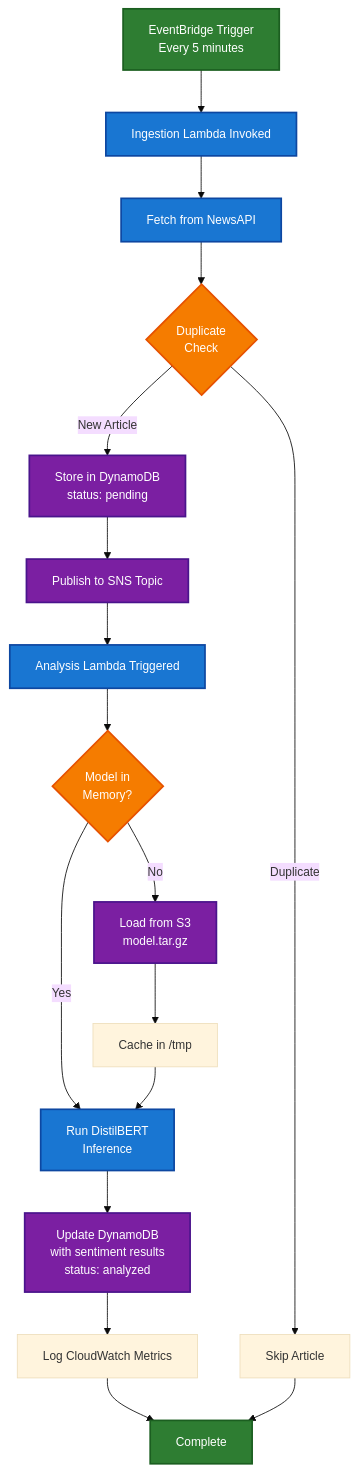
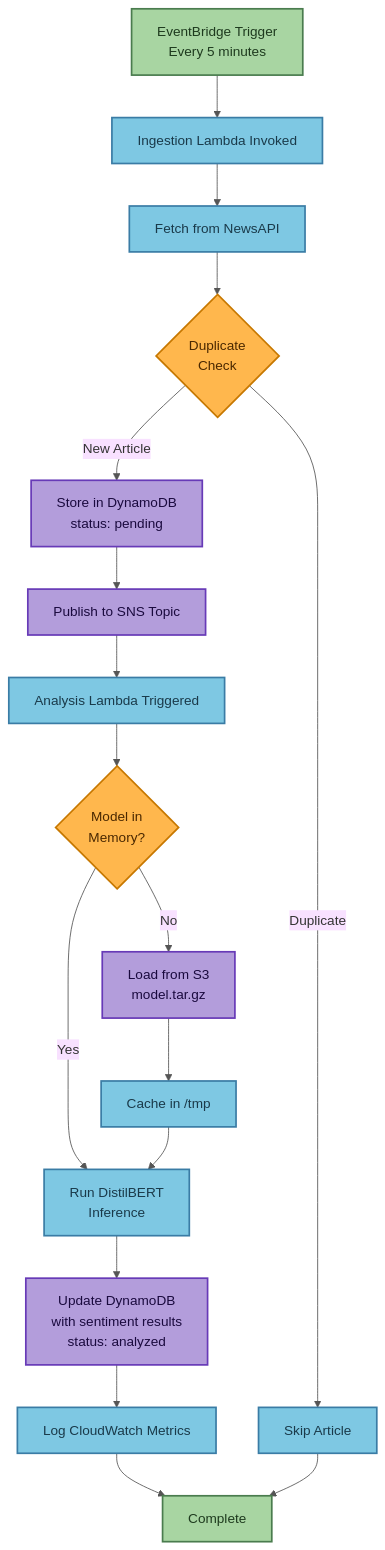
Before and after one commit to traylorre/sentiment-analyzer-gsk: the first of 10 diagrams in docs/OPERATIONAL_FLOWS.md, drawn with Mermaid. The commit also changed other lines of this file and 3 other files, not shown here.

First line of the commit message:
docs: Update mermaid diagrams with better contrast colors

````diff
--- a/docs/OPERATIONAL_FLOWS.md
+++ b/docs/OPERATIONAL_FLOWS.md
@@ -35,30 +35,30 @@
 ```mermaid
-%%{init: {'theme':'base', 'themeVariables': {'fontSize':'14px'}}}%%
+%%{init: {'theme':'base', 'themeVariables': {'primaryColor':'#fff8e1', 'primaryTextColor':'#333', 'primaryBorderColor':'#c9a227', 'lineColor':'#555'}}}%%
 flowchart TD
     Start[EventBridge Trigger<br/>Every 5 minutes] --> Ingest[Ingestion Lambda Invoked]
     Ingest --> FetchAPI[Fetch from NewsAPI]
     FetchAPI --> CheckDup{Duplicate<br/>Check}
     CheckDup -->|New Article| StoreDDB[Store in DynamoDB<br/>status: pending]
     CheckDup -->|Duplicate| Skip[Skip Article]
     StoreDDB --> PublishSNS[Publish to SNS Topic]
     PublishSNS --> AnalysisLambda[Analysis Lambda Triggered]
     AnalysisLambda --> LoadModel{Model in<br/>Memory?}
     LoadModel -->|No| FetchS3[Load from S3<br/>model.tar.gz]
     LoadModel -->|Yes| RunInference
     FetchS3 --> CacheModel[Cache in /tmp]
     CacheModel --> RunInference[Run DistilBERT<br/>Inference]
     RunInference --> UpdateDDB[Update DynamoDB<br/>with sentiment results<br/>status: analyzed]
     UpdateDDB --> LogMetrics[Log CloudWatch Metrics]
     LogMetrics --> End[Complete]
     Skip --> End
 
-    classDef success fill:#2e7d32,stroke:#1b5e20,stroke-width:2px,color:#fff
-    classDef process fill:#1976d2,stroke:#0d47a1,stroke-width:2px,color:#fff
-    classDef decision fill:#f57c00,stroke:#e65100,stroke-width:2px,color:#fff
-    classDef storage fill:#7b1fa2,stroke:#4a148c,stroke-width:2px,color:#fff
+    classDef successNode fill:#a8d5a2,stroke:#4a7c4e,stroke-width:2px,color:#1e3a1e
+    classDef processNode fill:#7ec8e3,stroke:#3a7ca5,stroke-width:2px,color:#1a3a4a
+    classDef decisionNode fill:#ffb74d,stroke:#c77800,stroke-width:2px,color:#4a2800
+    classDef storageNode fill:#b39ddb,stroke:#673ab7,stroke-width:2px,color:#1a0a3e
 
-    class Start,End success
-    class Ingest,AnalysisLambda,FetchAPI,RunInference process
-    class CheckDup,LoadModel decision
-    class StoreDDB,UpdateDDB,FetchS3,PublishSNS storage
+    class Start,End successNode
+    class Ingest,AnalysisLambda,FetchAPI,RunInference,CacheModel,LogMetrics,Skip processNode
+    class CheckDup,LoadModel decisionNode
+    class StoreDDB,UpdateDDB,FetchS3,PublishSNS storageNode
 ```
````
